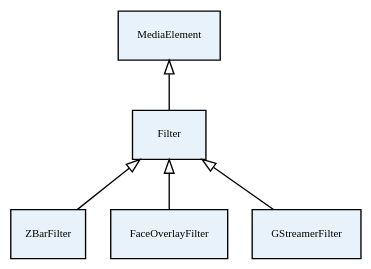
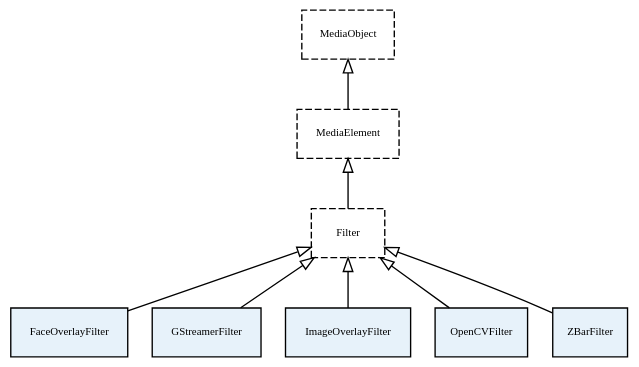
The diagram in source/images/graphs/filters.dot (Kurento/doc-kurento-readthedocs), drawn with Graphviz before and after one commit. The commit also changed 15 other files, not shown here.

```diff
--- a/source/images/graphs/filters.dot
+++ b/source/images/graphs/filters.dot
@@ -1,26 +1,33 @@
 digraph filters {
   bgcolor = "transparent";
   fontname = "Bitstream Vera Sans";
   fontsize = 8;
   size = "12,8";
-
-  node [
-    fillcolor = "#E7F2FA";
-    fontname = "Bitstream Vera Sans";
-    fontsize = 8;
-    shape = "record";
-    style = "filled";
-  ]
 
   edge [
     arrowtail = "empty";
     dir = "back";
     fontname = "Bitstream Vera Sans";
     fontsize = 8;
   ]
 
+  node [
+    fillcolor = "#E7F2FA";
+    fontname = "Bitstream Vera Sans";
+    fontsize = 8;
+    shape = "record";
+    style = "dashed";
+  ]
+
+  "MediaObject" -> "MediaElement";
+
   "MediaElement" -> "Filter";
-  "Filter" -> "ZBarFilter";
+
+  node [ style = "filled" ]
+
   "Filter" -> "FaceOverlayFilter";
   "Filter" -> "GStreamerFilter";
+  "Filter" -> "ImageOverlayFilter";
+  "Filter" -> "OpenCVFilter";
+  "Filter" -> "ZBarFilter";
 }
```
